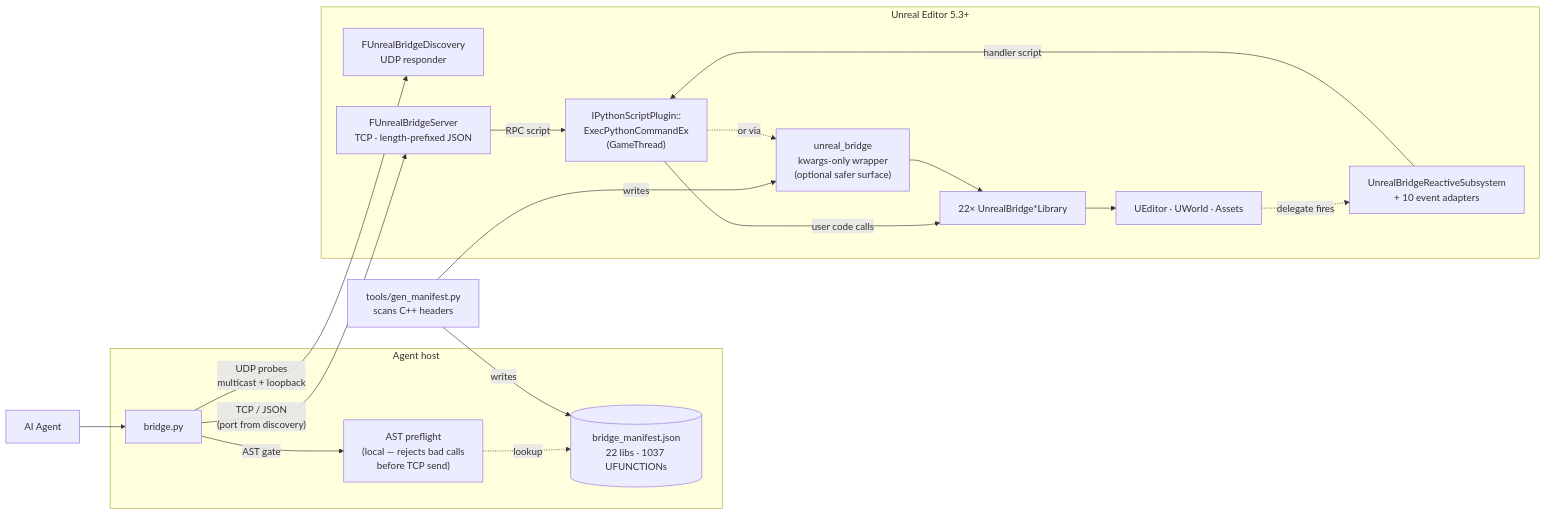
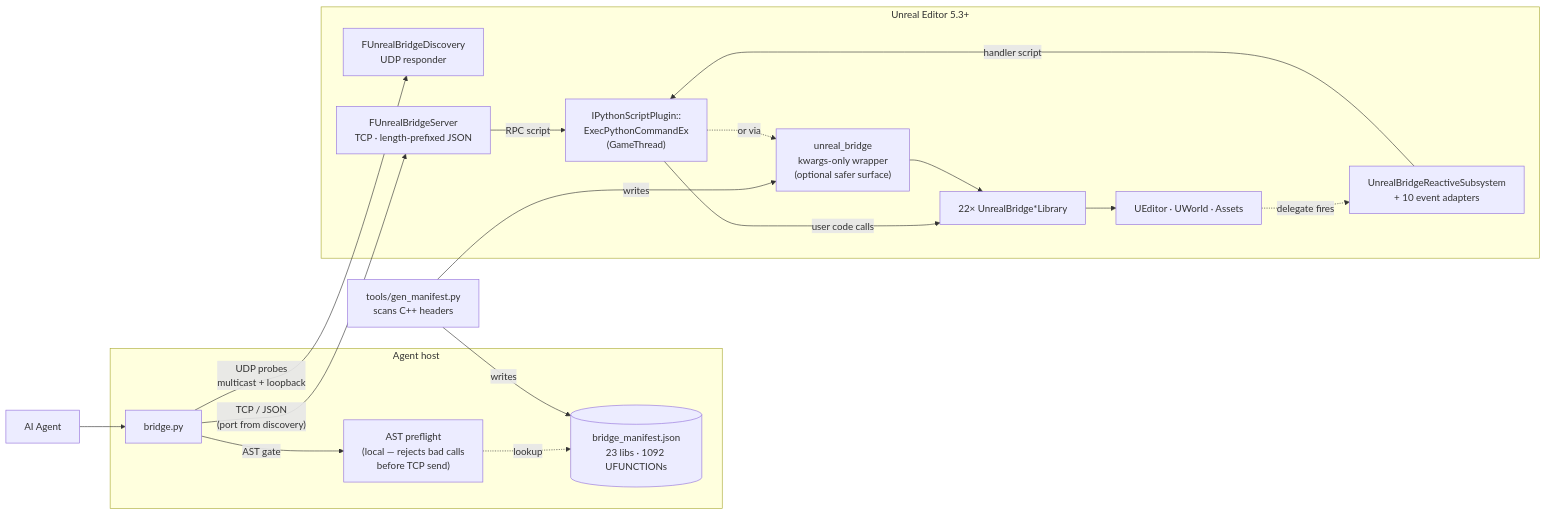
The diagram in README.md (Tommy1213888/UnrealBridge), drawn with Mermaid before and after one commit. The commit also changed other lines of this file and 13 other files, not shown here.

````diff
--- a/README.md
+++ b/README.md
@@ -41,40 +41,40 @@
 ```mermaid
 flowchart LR
     Agent["AI Agent"]
 
     subgraph Host["Agent host"]
       CLI["bridge.py"]
       Pre["AST preflight<br/>(local — rejects bad calls<br/>before TCP send)"]
-      Mani[("bridge_manifest.json<br/>22 libs · 1037 UFUNCTIONs")]
+      Mani[("bridge_manifest.json<br/>23 libs · 1092 UFUNCTIONs")]
     end
 
     Gen["tools/gen_manifest.py<br/>scans C++ headers"]
 
     subgraph UE["Unreal Editor 5.3+"]
       Disc["FUnrealBridgeDiscovery<br/>UDP responder"]
       Server["FUnrealBridgeServer<br/>TCP · length-prefixed JSON"]
       Reactive["UnrealBridgeReactiveSubsystem<br/>+ 10 event adapters"]
       Exec["IPythonScriptPlugin::<br/>ExecPythonCommandEx<br/>(GameThread)"]
       Wrap["unreal_bridge<br/>kwargs-only wrapper<br/>(optional safer surface)"]
       Libs["22× UnrealBridge*Library"]
       Engine["UEditor · UWorld · Assets"]
     end
 
     Agent --> CLI
     CLI -- "AST gate" --> Pre
     Pre -. "lookup" .-> Mani
 
     Gen -- "writes" --> Mani
     Gen -- "writes" --> Wrap
 
     CLI -- "UDP probes<br/>multicast + loopback" --> Disc
     CLI -- "TCP / JSON<br/>(port from discovery)" --> Server
     Server -- "RPC script" --> Exec
     Engine -. "delegate fires" .-> Reactive
     Reactive -- "handler script" --> Exec
 
     Exec -- "user code calls" --> Libs
     Exec -. "or via" .-> Wrap
     Wrap --> Libs
     Libs --> Engine
 ```
````
